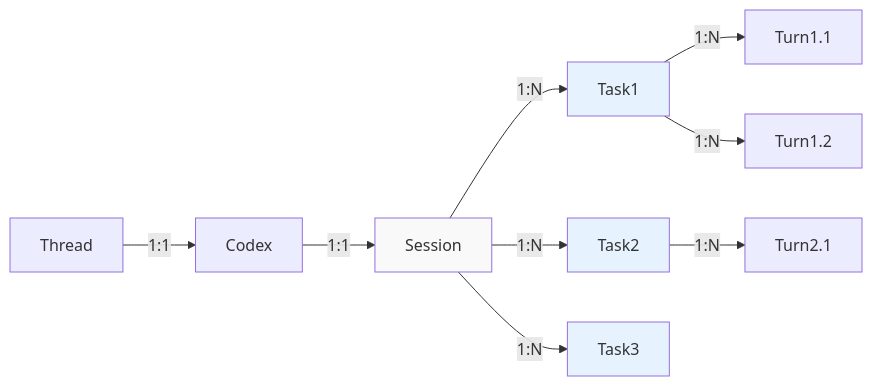
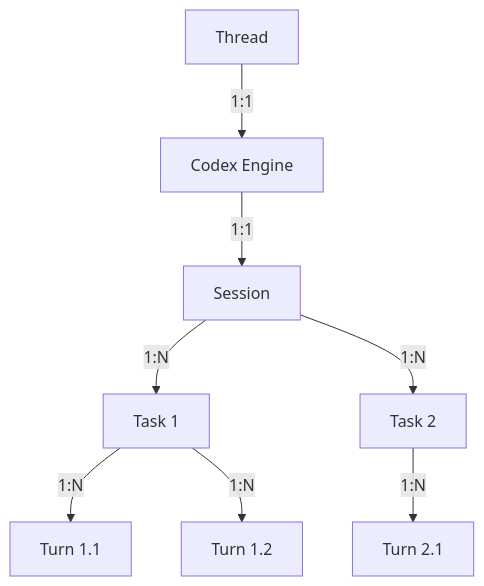
One commit to M0z41D/closepaw changed the first of 3 diagrams in doc/agent_infra/todo/infra_v2.md. Above: the diagram before and after it, drawn with Mermaid. The commit also changed other lines of this file and 7 other files, not shown here.

````diff
--- a/doc/agent_infra/todo/infra_v2.md
+++ b/doc/agent_infra/todo/infra_v2.md
@@ -5,17 +39,10 @@
 ```mermaid
-graph LR
-    Thread[Thread] -->|1:1| Codex[Codex]
+graph TD
+    Thread[Thread] -->|1:1| Codex[Codex Engine]
     Codex -->|1:1| Session[Session]
-    Session -->|1:N| Task1[Task1]
-    Session -->|1:N| Task2[Task2]
-    Session -->|1:N| Task3[Task3]
-    
-    Task1 -->|1:N| Turn1_1[Turn1.1]
-    Task1 -->|1:N| Turn1_2[Turn1.2]
-    Task2 -->|1:N| Turn2_1[Turn2.1]
-    
-    style Session fill:#f9f9f9
-    style Task1 fill:#e6f3ff
-    style Task2 fill:#e6f3ff
-    style Task3 fill:#e6f3ff
+    Session -->|1:N| Task1[Task 1]
+    Session -->|1:N| Task2[Task 2]
+    Task1 -->|1:N| Turn1_1[Turn 1.1]
+    Task1 -->|1:N| Turn1_2[Turn 1.2]
+    Task2 -->|1:N| Turn2_1[Turn 2.1]
 ```
````
